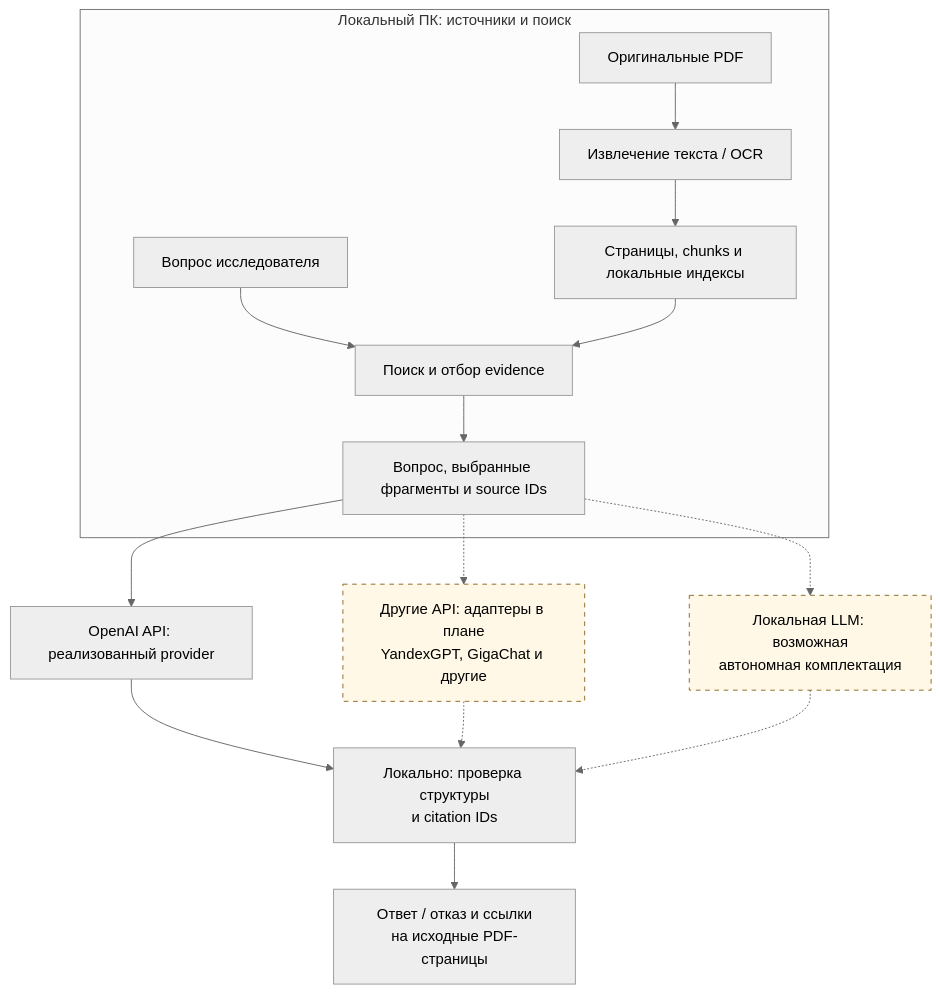
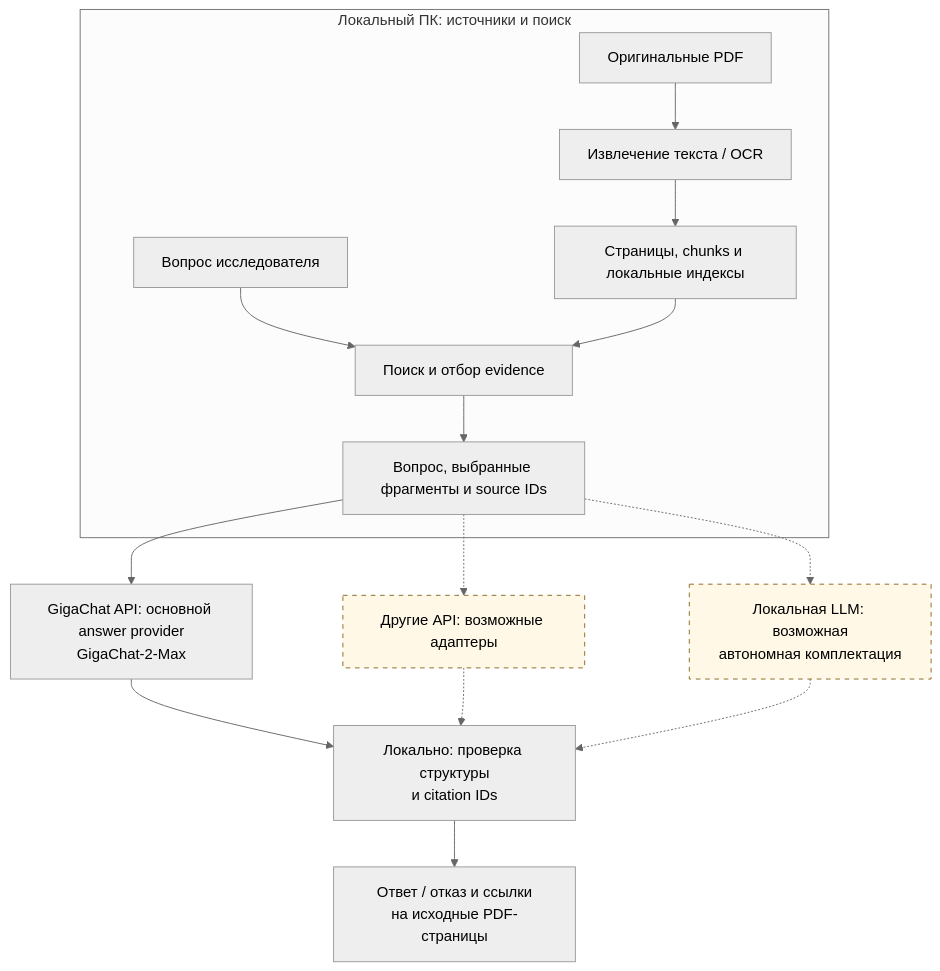
The diagram in README.md (SpatialKnots/Nafion-RAG), drawn with Mermaid (neutral theme) before and after one commit. The commit also changed other lines of this file and 133 other files, not shown here.

Commit message:
Add GigaChat runtime and source-bound answer quality audits

````diff
--- a/README.md
+++ b/README.md
@@ -15,22 +15,22 @@
 ```mermaid
 flowchart TB
     subgraph PC["Локальный ПК: источники и поиск"]
         PDF["Оригинальные PDF"] --> TEXT["Извлечение текста / OCR"]
         TEXT --> DB["Страницы, chunks и локальные индексы"]
         Q["Вопрос исследователя"] --> SEARCH["Поиск и отбор evidence"]
         DB --> SEARCH
         SEARCH --> PACK["Вопрос, выбранные фрагменты и source IDs"]
     end
 
-    PACK --> OPENAI["OpenAI API: реализованный provider"]
-    PACK -.-> OTHER["Другие API: адаптеры в плане<br/>YandexGPT, GigaChat и другие"]
+    PACK --> GIGACHAT["GigaChat API: основной answer provider<br/>GigaChat-2-Max"]
+    PACK -.-> OTHER["Другие API: возможные адаптеры"]
     PACK -.-> LOCAL["Локальная LLM: возможная<br/>автономная комплектация"]
 
-    OPENAI --> CHECK["Локально: проверка структуры<br/>и citation IDs"]
+    GIGACHAT --> CHECK["Локально: проверка структуры<br/>и citation IDs"]
     OTHER -.-> CHECK
     LOCAL -.-> CHECK
     CHECK --> RESULT["Ответ / отказ и ссылки<br/>на исходные PDF-страницы"]
 
     classDef planned fill:#fff8e6,stroke:#8a6620,stroke-dasharray:5 5;
     class OTHER,LOCAL planned;
 ```
````
